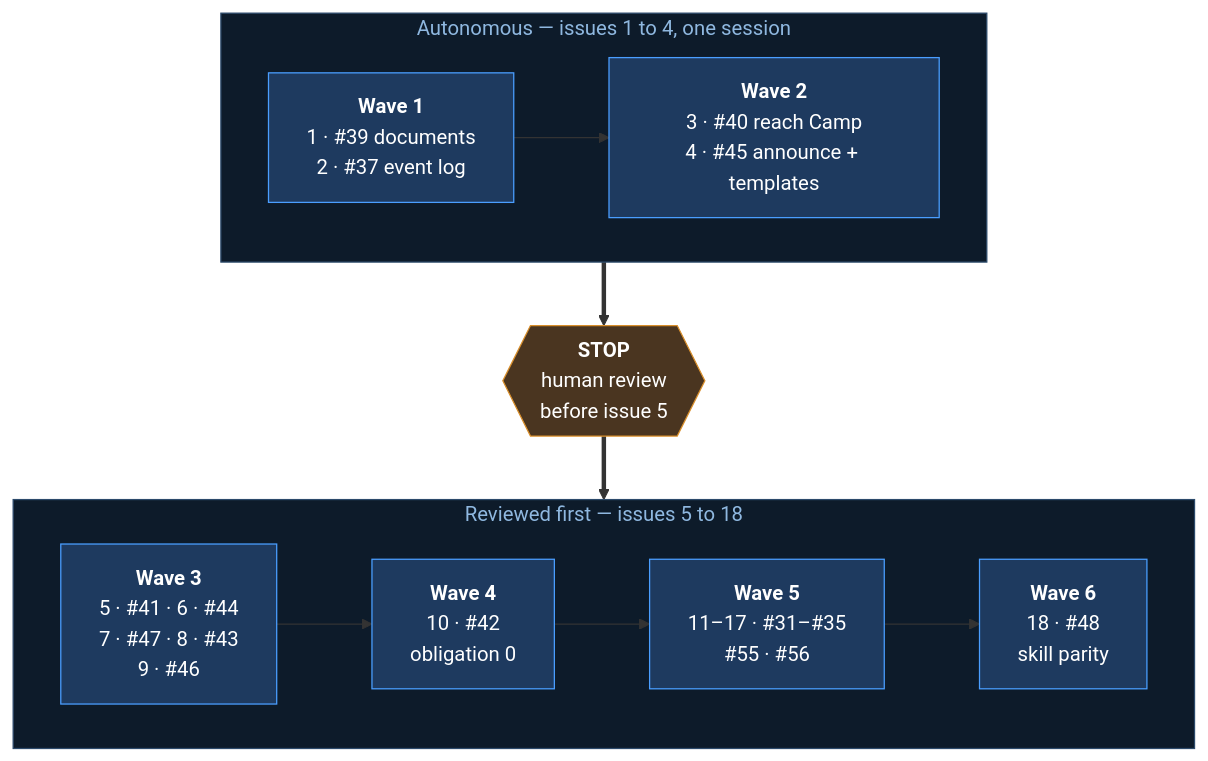
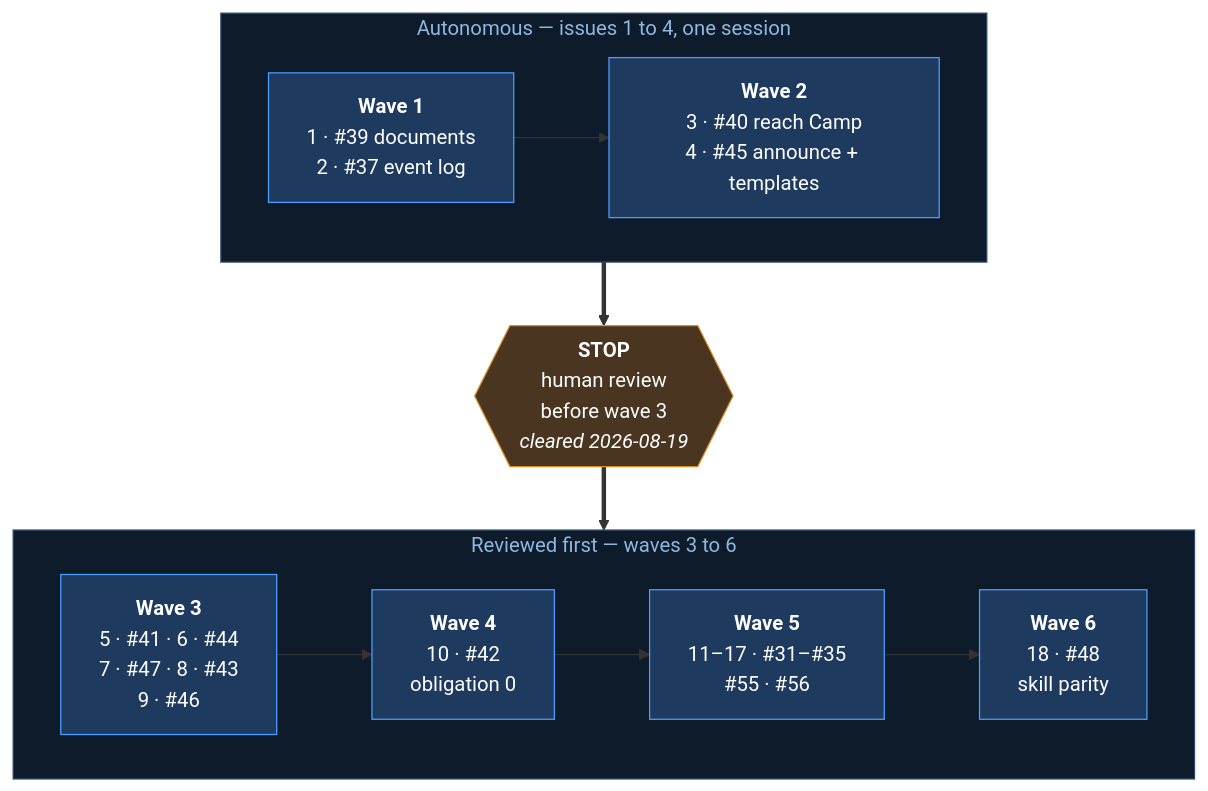
Before and after one commit to Calyx-Engineering/arc: the third of 3 diagrams in docs/arc-log/arc-03-camp.md, drawn with Mermaid. The commit also changed other lines of this file, not shown here.

First line of the commit message:
docs: clear the mandatory stop, and name steps by wave

````diff
--- a/docs/arc-log/arc-03-camp.md
+++ b/docs/arc-log/arc-03-camp.md
@@ -154,21 +154,21 @@
 ```mermaid
 flowchart TB
     subgraph A[" Autonomous — issues 1 to 4, one session "]
         direction LR
         W1["<b>Wave 1</b><br/>1 · #39 documents<br/>2 · #37 event log"] --> W2["<b>Wave 2</b><br/>3 · #40 reach Camp<br/>4 · #45 announce + templates"]
     end
-    A ==> STOP{{"<b>STOP</b><br/>human review<br/>before issue 5"}}
-    subgraph B[" Reviewed first — issues 5 to 18 "]
+    A ==> STOP{{"<b>STOP</b><br/>human review<br/>before wave 3<br/><i>cleared 2026-08-19</i>"}}
+    subgraph B[" Reviewed first — waves 3 to 6 "]
         direction LR
         W3["<b>Wave 3</b><br/>5 · #41 · 6 · #44<br/>7 · #47 · 8 · #43<br/>9 · #46"] --> W4["<b>Wave 4</b><br/>10 · #42<br/>obligation 0"]
         W4 --> W5["<b>Wave 5</b><br/>11–17 · #31–#35<br/>#55 · #56"]
         W5 --> W6["<b>Wave 6</b><br/>18 · #48<br/>skill parity"]
     end
     STOP ==> B
     classDef n fill:#1e3a5f,stroke:#4a9eff,color:#fff
     classDef s fill:#4a3520,stroke:#d98f2b,color:#fff
     class W1,W2,W3,W4,W5,W6 n
     class STOP s
     style A fill:#0d1b2a,stroke:#2c4a6b,color:#8fb8e0
     style B fill:#0d1b2a,stroke:#2c4a6b,color:#8fb8e0
 ```
````
